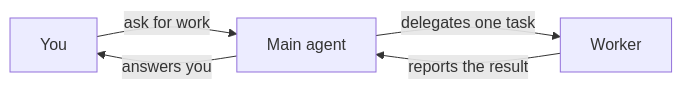
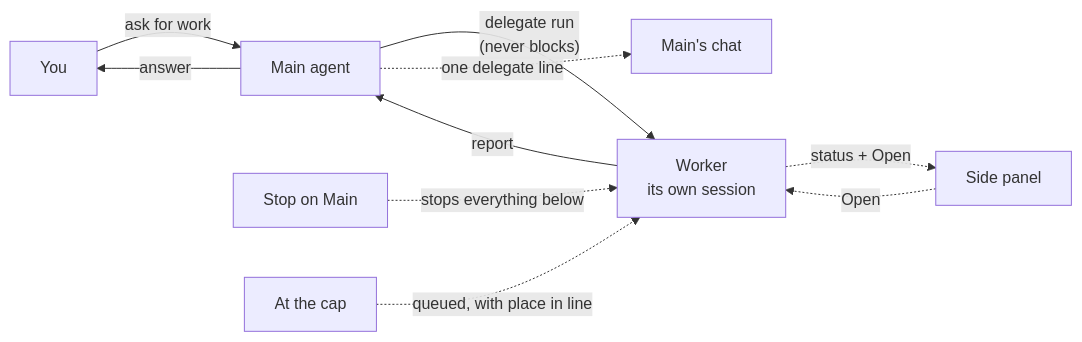
Before and after one commit to elicify-ai/omnipus: the diagram in docs/agents.md, drawn with Mermaid. The commit also changed other lines of this file, not shown here.

First line of the commit message:
docs(agents): rewrite Workers and delegation for the steered-session model

````diff
--- a/docs/agents.md
+++ b/docs/agents.md
@@ -69,7 +69,12 @@
 ```mermaid
 flowchart LR
-  You[You] -->|ask for work| Main[Main agent]
-  Main -->|delegates one task| Worker[Worker]
-  Worker -->|reports the result| Main
-  Main -->|answers you| You
+  You[You] -->|"ask for work"| Main[Main agent]
+  Main -->|"delegate run<br/>(never blocks)"| Worker["Worker<br/>its own session"]
+  Worker -->|"report"| Main
+  Main -->|"answer"| You
+  Main -.->|"one delegate line"| MainChat[Main's chat]
+  Worker -.->|"status + Open"| Side[Side panel]
+  Side -.->|"Open"| Worker
+  Stop["Stop on Main"] -.->|"stops everything below"| Worker
+  Queue["At the cap"] -.->|"queued, with place in line"| Worker
 ```
````
